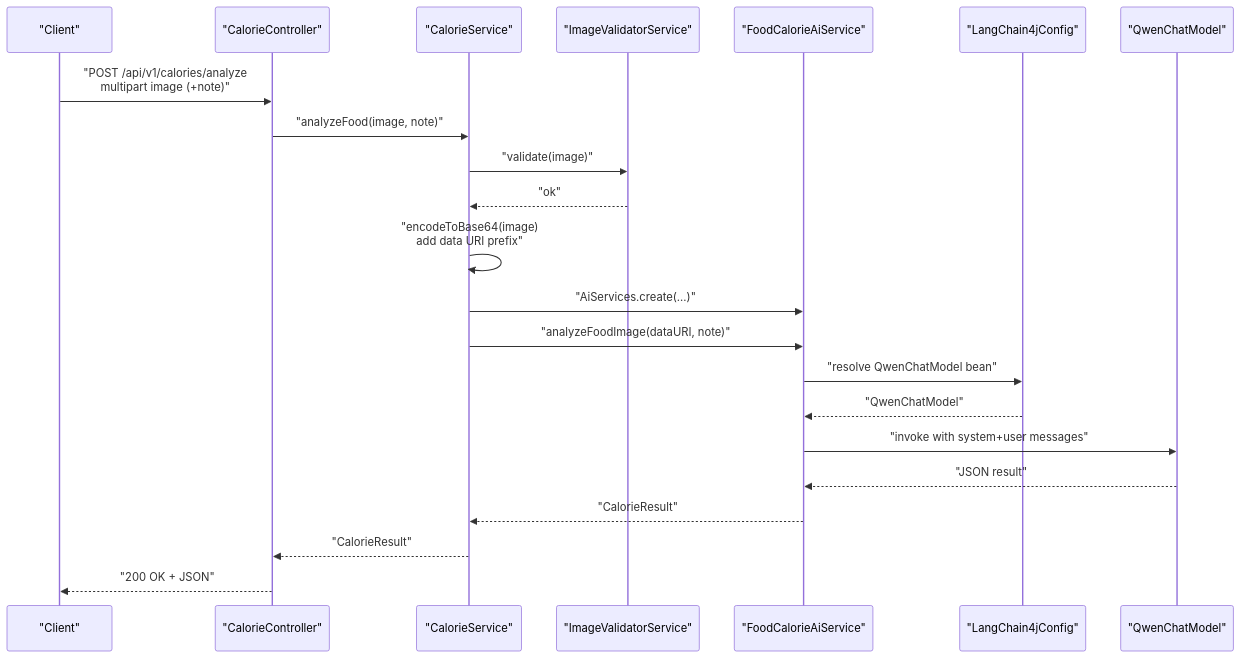
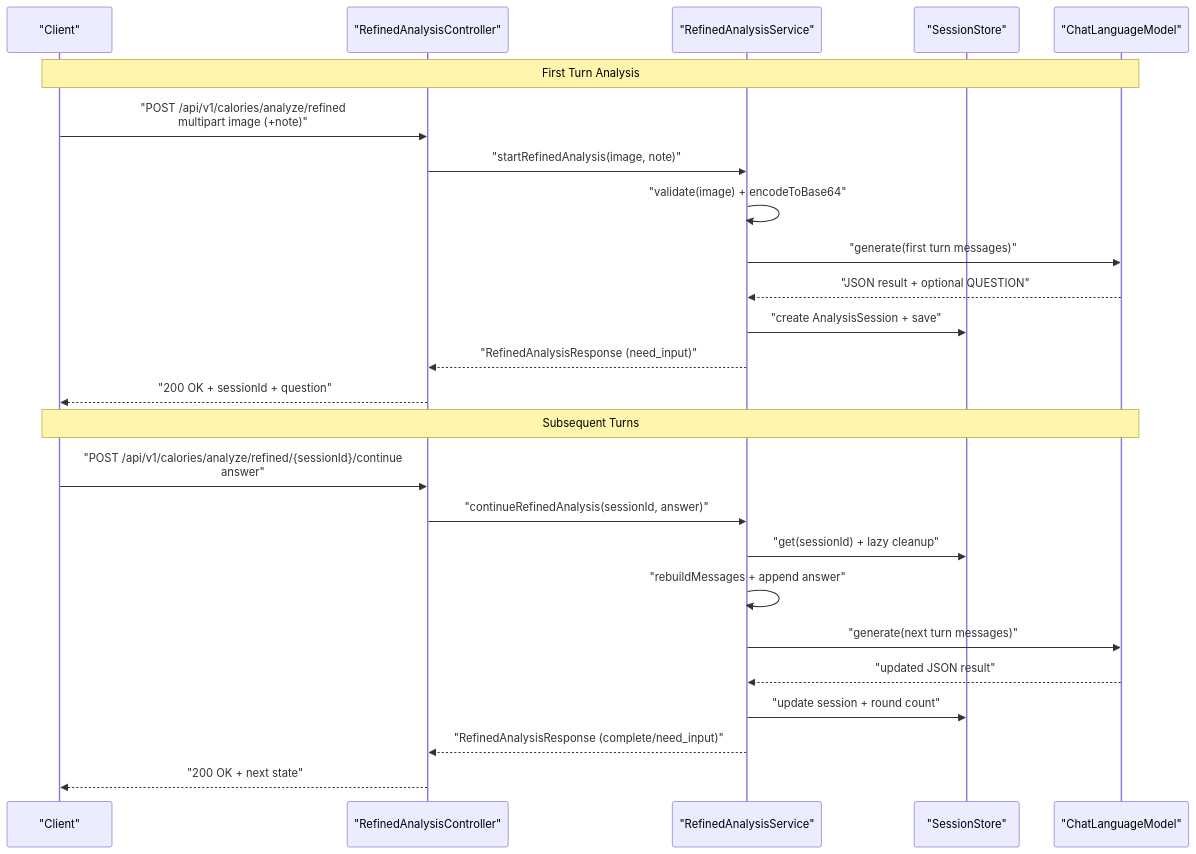
One commit to Meng-hh/heat_calculate changed the second of 13 diagrams in .qoder/repowiki/en/content/AI Integration.md. Above: the diagram before and after it, drawn with Mermaid. The commit also changed other lines of this file and 25 other files, not shown here.

````diff
--- a/.qoder/repowiki/en/content/AI Integration.md
+++ b/.qoder/repowiki/en/content/AI Integration.md
@@ -95,24 +112,27 @@
 ```mermaid
 sequenceDiagram
 participant Client as "Client"
-participant Controller as "CalorieController"
-participant Service as "CalorieService"
-participant Validator as "ImageValidatorService"
-participant AIService as "FoodCalorieAiService"
-participant Config as "LangChain4jConfig"
-participant Model as "QwenChatModel"
-Client->>Controller : "POST /api/v1/calories/analyze<br/>multipart image (+note)"
-Controller->>Service : "analyzeFood(image, note)"
-Service->>Validator : "validate(image)"
-Validator-->>Service : "ok"
-Service->>Service : "encodeToBase64(image)<br/>add data URI prefix"
-Service->>AIService : "AiServices.create(...)"
-Service->>AIService : "analyzeFoodImage(dataURI, note)"
-AIService->>Config : "resolve QwenChatModel bean"
-Config-->>AIService : "QwenChatModel"
-AIService->>Model : "invoke with system+user messages"
-Model-->>AIService : "JSON result"
-AIService-->>Service : "CalorieResult"
-Service-->>Controller : "CalorieResult"
-Controller-->>Client : "200 OK + JSON"
+participant Controller as "RefinedAnalysisController"
+participant Service as "RefinedAnalysisService"
+participant Store as "SessionStore"
+participant Model as "ChatLanguageModel"
+Note over Client,Model : First Turn Analysis
+Client->>Controller : "POST /api/v1/calories/analyze/refined<br/>multipart image (+note)"
+Controller->>Service : "startRefinedAnalysis(image, note)"
+Service->>Service : "validate(image) + encodeToBase64"
+Service->>Model : "generate(first turn messages)"
+Model-->>Service : "JSON result + optional QUESTION"
+Service->>Store : "create AnalysisSession + save"
+Service-->>Controller : "RefinedAnalysisResponse (need_input)"
+Controller-->>Client : "200 OK + sessionId + question"
+Note over Client,Model : Subsequent Turns
+Client->>Controller : "POST /api/v1/calories/analyze/refined/{sessionId}/continue<br/>answer"
+Controller->>Service : "continueRefinedAnalysis(sessionId, answer)"
+Service->>Store : "get(sessionId) + lazy cleanup"
+Service->>Service : "rebuildMessages + append answer"
+Service->>Model : "generate(next turn messages)"
+Model-->>Service : "updated JSON result"
+Service->>Store : "update session + round count"
+Service-->>Controller : "RefinedAnalysisResponse (complete/need_input)"
+Controller-->>Client : "200 OK + next state"
 ```
````
